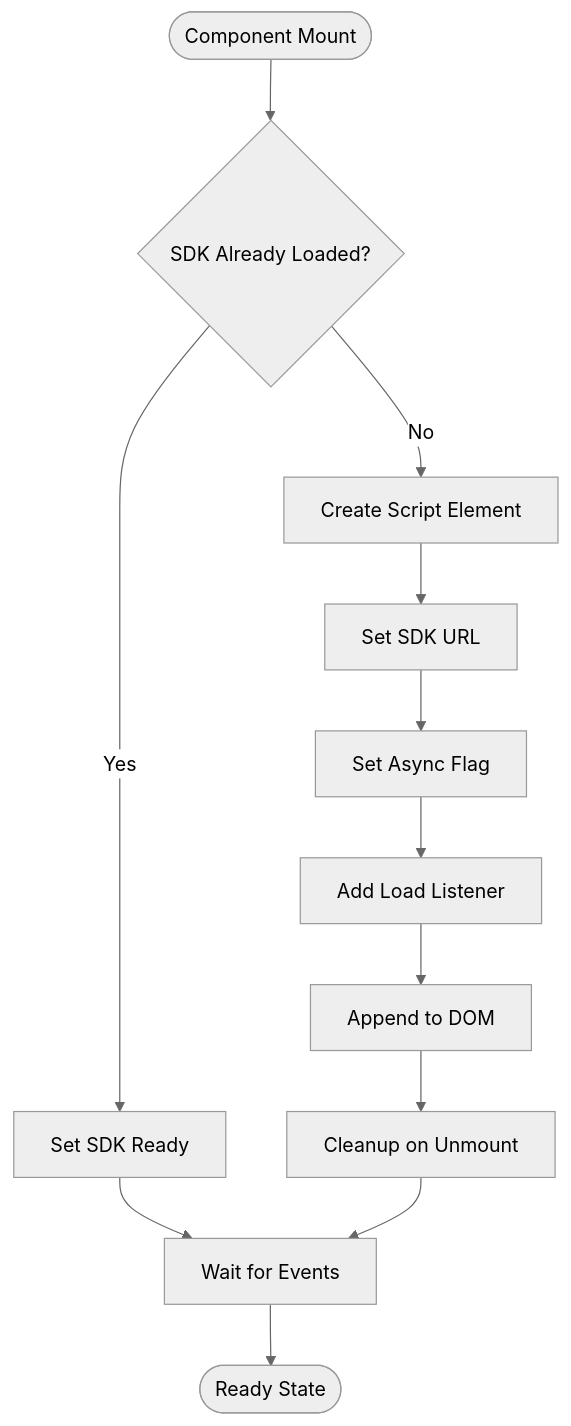
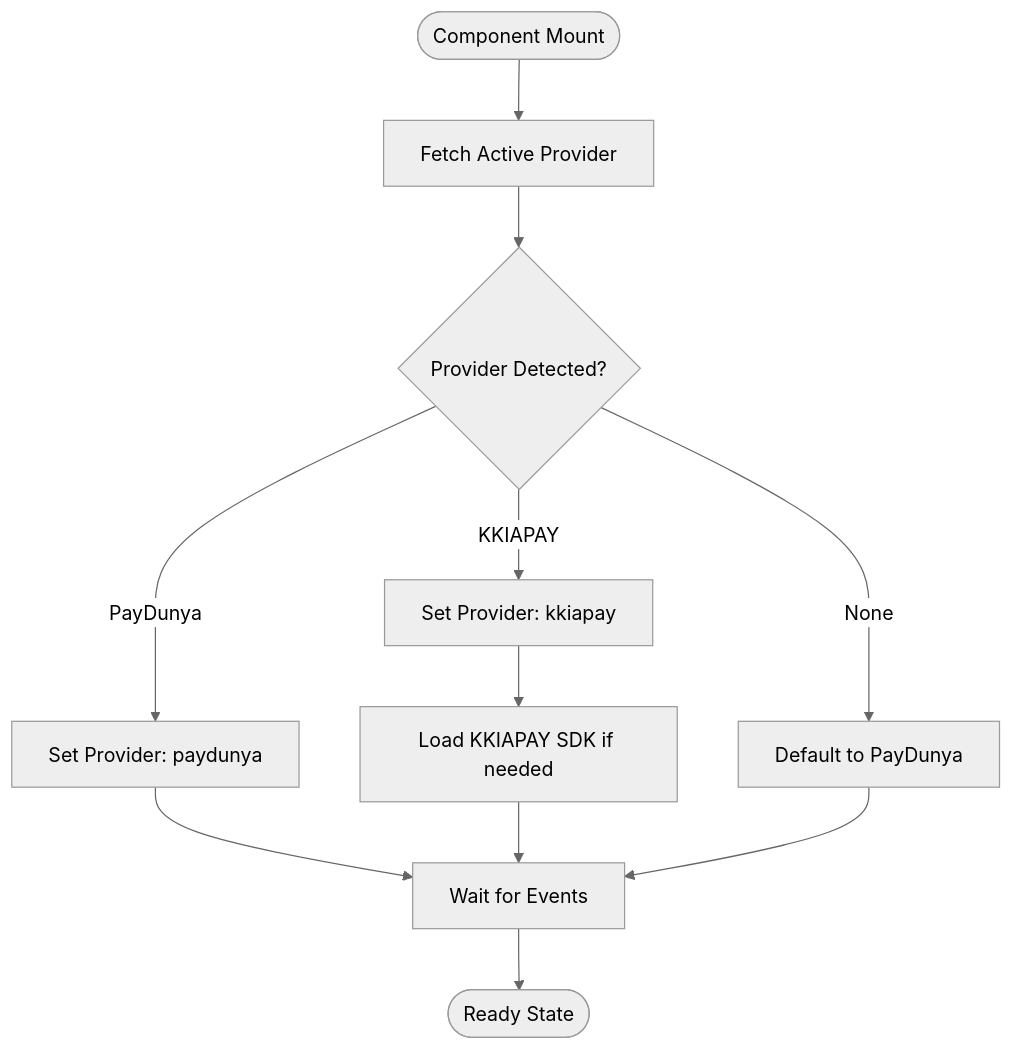
One commit to alikizang/datafrica changed the fourth of 12 diagrams in .qoder/repowiki/en/content/Payment System/KKIAPAY Integration.md. Above: the diagram before and after it, drawn with Mermaid (neutral theme). The commit also changed other lines of this file and 21 other files, not shown here.

````diff
--- a/.qoder/repowiki/en/content/Payment System/KKIAPAY Integration.md
+++ b/.qoder/repowiki/en/content/Payment System/KKIAPAY Integration.md
@@ -171,14 +231,13 @@
 ```mermaid
 flowchart TD
-Start([Component Mount]) --> CheckSDK{"SDK Already Loaded?"}
-CheckSDK --> |Yes| SetReady[Set SDK Ready]
-CheckSDK --> |No| CreateScript[Create Script Element]
-CreateScript --> SetSrc[Set SDK URL]
-SetSrc --> SetAsync[Set Async Flag]
-SetAsync --> AddListener[Add Load Listener]
-AddListener --> AppendScript[Append to DOM]
-AppendScript --> Cleanup[Cleanup on Unmount]
-SetReady --> WaitEvents[Wait for Events]
-Cleanup --> WaitEvents
+Start([Component Mount]) --> FetchProvider[Fetch Active Provider]
+FetchProvider --> CheckProvider{Provider Detected?}
+CheckProvider --> |PayDunya| SetPayDunya[Set Provider: paydunya]
+CheckProvider --> |KKIAPAY| SetKKIAPAY[Set Provider: kkiapay]
+CheckProvider --> |None| DefaultPayDunya[Default to PayDunya]
+SetKKIAPAY --> LoadSDK[Load KKIAPAY SDK if needed]
+SetPayDunya --> WaitEvents[Wait for Events]
+LoadSDK --> WaitEvents
+DefaultPayDunya --> WaitEvents
 WaitEvents --> End([Ready State])
 ```
````
